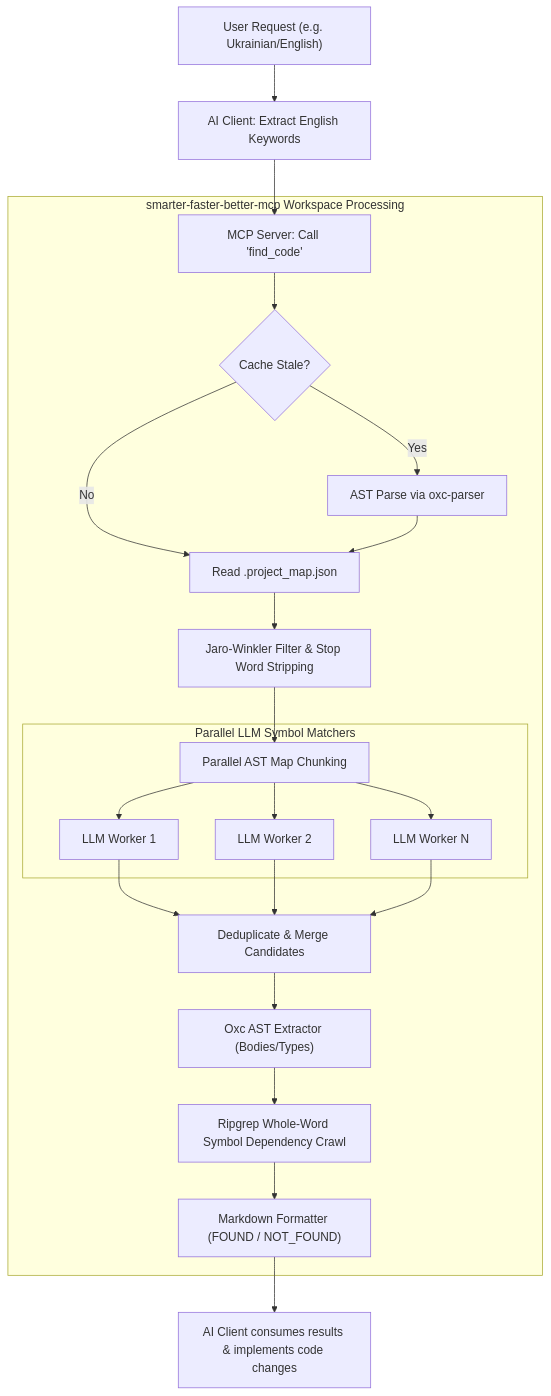
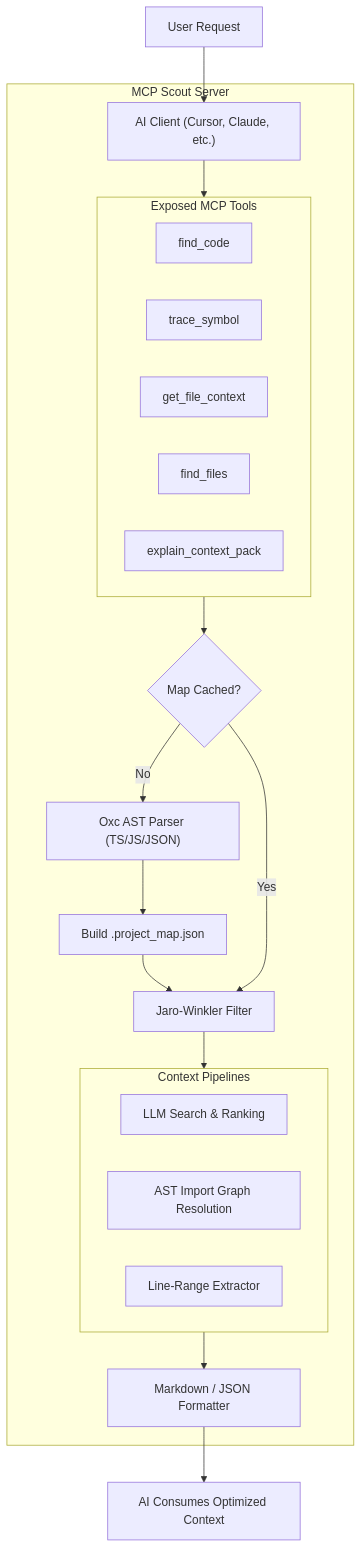
The diagram in README.md (iHaiduk/smarter-faster-better-mcp), drawn with Mermaid before and after one commit. The commit also changed other lines of this file and 20 other files, not shown here.

Commit message:
feat: complete architecture refactoring with new multi-pipeline system, tracing tools, and updated README

````diff
--- a/README.md
+++ b/README.md
@@ -28,31 +35,34 @@
 ```mermaid
 graph TD
-    UserQuery["User Request (e.g. Ukrainian/English)"] --> AIExtract["AI Client: Extract English Keywords"]
-    AIExtract --> MCPCall["MCP Server: Call 'find_code'"]
+    UserQuery["User Request"] --> MCPClient["AI Client (Cursor, Claude, etc.)"]
     
-    subgraph MCP Server ["smarter-faster-better-mcp Workspace Processing"]
-        MCPCall --> CheckCache{"Cache Stale?"}
-        CheckCache -- Yes --> BuildMap["AST Parse via oxc-parser"]
-        CheckCache -- No --> LoadMap["Read .project_map.json"]
-        BuildMap --> LoadMap
+    subgraph MCP Scout Server
+        MCPClient --> Tools
         
-        LoadMap --> Filter["Jaro-Winkler Filter & Stop Word Stripping"]
-        Filter --> Chunking["Parallel AST Map Chunking"]
-        
-        subgraph Parallel LLM Classification ["Parallel LLM Symbol Matchers"]
-            Chunking --> Chunk1["LLM Worker 1"]
-            Chunking --> Chunk2["LLM Worker 2"]
-            Chunking --> ChunkN["LLM Worker N"]
+        subgraph Tools ["Exposed MCP Tools"]
+            FindCode["find_code"]
+            TraceSymbol["trace_symbol"]
+            GetContext["get_file_context"]
+            FindFiles["find_files"]
+            ExplainPack["explain_context_pack"]
         end
         
-        Chunk1 --> Merge["Deduplicate & Merge Candidates"]
-        Chunk2 --> Merge
-        ChunkN --> Merge
+        Tools --> Indexer{"Map Cached?"}
+        Indexer -- No --> Parser["Oxc AST Parser (TS/JS/JSON)"]
+        Parser --> WriteMap["Build .project_map.json"]
+        WriteMap --> Filter["Jaro-Winkler Filter"]
+        Indexer -- Yes --> Filter
         
-        Merge --> Extractor["Oxc AST Extractor (Bodies/Types)"]
-        Extractor --> Deps["Ripgrep Whole-Word Symbol Dependency Crawl"]
-        Deps --> Formatter["Markdown Formatter (FOUND / NOT_FOUND)"]
+        Filter --> Pipelines
+        
+        subgraph Pipelines ["Context Pipelines"]
+            SearchPipe["LLM Search & Ranking"]
+            DepsPipe["AST Import Graph Resolution"]
+            FilePipe["Line-Range Extractor"]
+        end
+        
+        Pipelines --> Formatter["Markdown / JSON Formatter"]
     end
     
-    Formatter --> AIResponse["AI Client consumes results & implements code changes"]
+    Formatter --> AIResponse["AI Consumes Optimized Context"]
 ```
````
